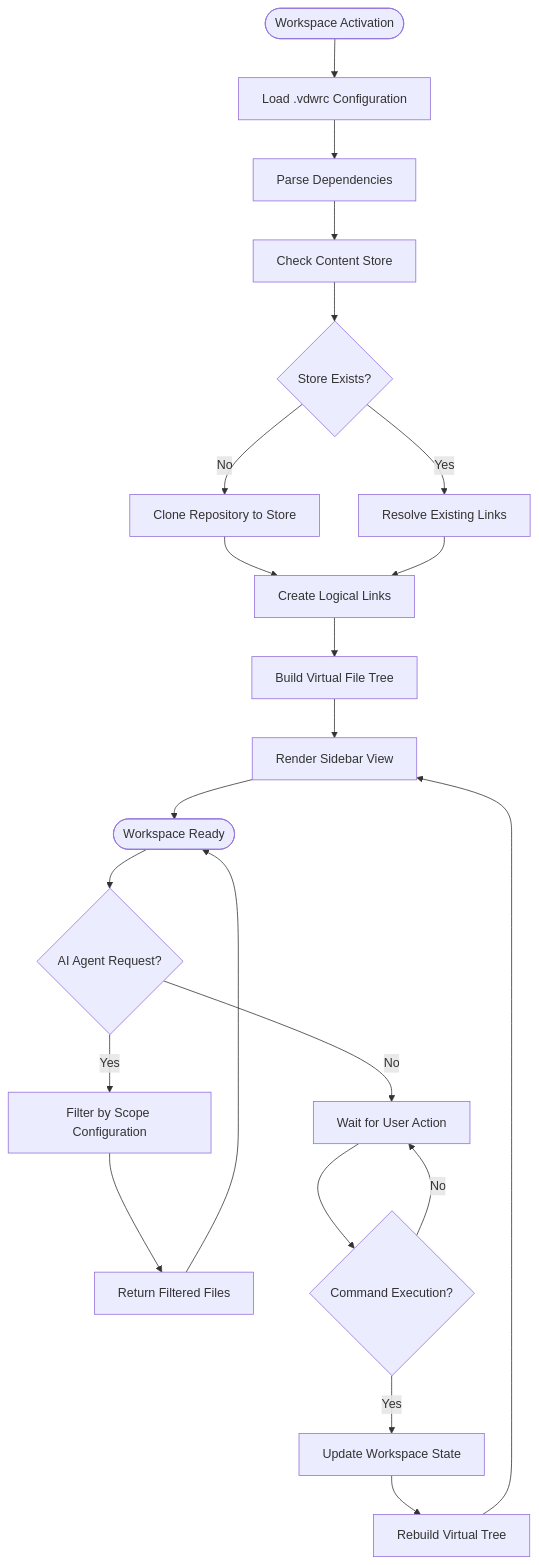
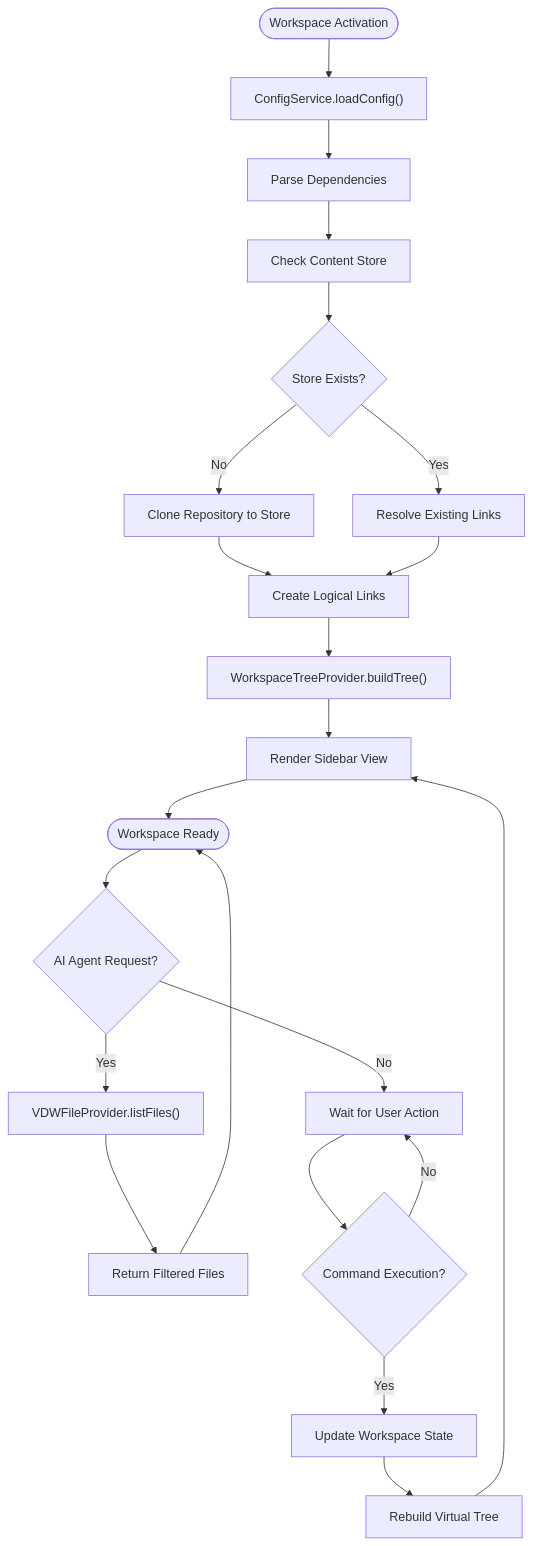
The third of 6 diagrams in .qoder/repowiki/en/content/Core Features Documentation/VS Code Plugin Bridge & IDE Integration.md (HWH-2019/vdw), drawn with Mermaid before and after one commit. The commit also changed other lines of this file and 23 other files, not shown here.

````diff
--- a/.qoder/repowiki/en/content/Core Features Documentation/VS Code Plugin Bridge & IDE Integration.md
+++ b/.qoder/repowiki/en/content/Core Features Documentation/VS Code Plugin Bridge & IDE Integration.md
@@ -193,24 +245,24 @@
 ```mermaid
 flowchart TD
-Start([Workspace Activation]) --> LoadConfig["Load .vdwrc Configuration"]
+Start([Workspace Activation]) --> LoadConfig["ConfigService.loadConfig()"]
 LoadConfig --> ParseDeps["Parse Dependencies"]
 ParseDeps --> CheckStore["Check Content Store"]
 CheckStore --> StoreExists{"Store Exists?"}
 StoreExists --> |Yes| ResolveLinks["Resolve Existing Links"]
 StoreExists --> |No| CloneRepo["Clone Repository to Store"]
 CloneRepo --> CreateLinks["Create Logical Links"]
 ResolveLinks --> CreateLinks
-CreateLinks --> BuildTree["Build Virtual File Tree"]
+CreateLinks --> BuildTree["WorkspaceTreeProvider.buildTree()"]
 BuildTree --> RenderView["Render Sidebar View"]
 RenderView --> Ready([Workspace Ready])
 Ready --> AIRequest{"AI Agent Request?"}
-AIRequest --> |Yes| FilterScope["Filter by Scope Configuration"]
+AIRequest --> |Yes| FilterScope["VDWFileProvider.listFiles()"]
 AIRequest --> |No| WaitUser["Wait for User Action"]
 FilterScope --> ReturnFiles["Return Filtered Files"]
 ReturnFiles --> Ready
 WaitUser --> CommandExec{"Command Execution?"}
 CommandExec --> |Yes| UpdateWorkspace["Update Workspace State"]
 CommandExec --> |No| WaitUser
 UpdateWorkspace --> RebuildTree["Rebuild Virtual Tree"]
 RebuildTree --> RenderView
 ```
````
